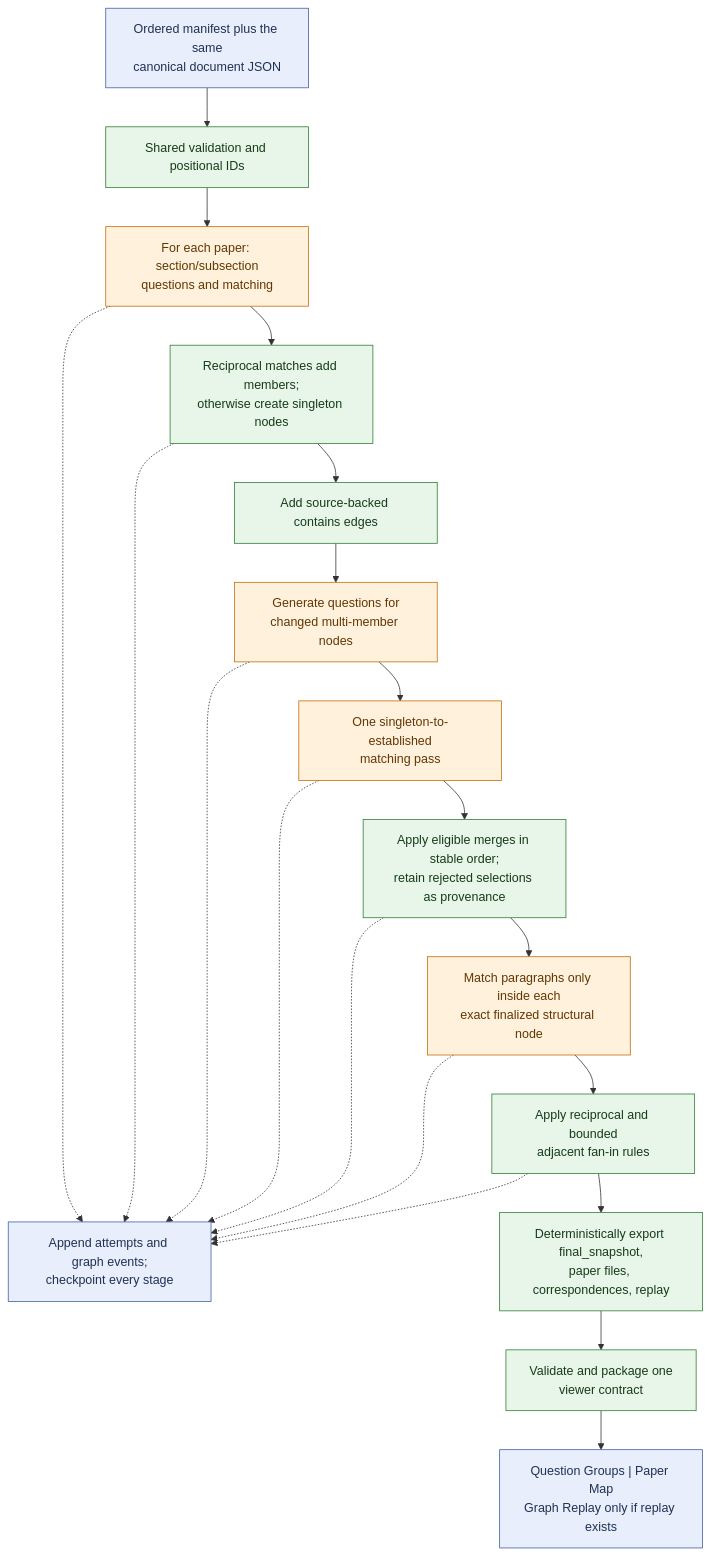
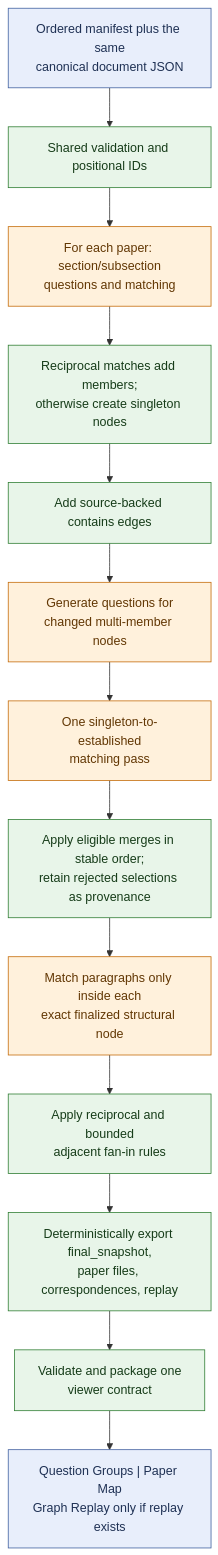
One commit to GraceGSy/SME-prototype changed the second of 2 diagrams in PIPELINE_FLOW.md. Above: the diagram before and after it, drawn with Mermaid. The commit also changed other lines of this file, not shown here.

Commit message:
Simplify pipeline flow diagrams

````diff
--- a/PIPELINE_FLOW.md
+++ b/PIPELINE_FLOW.md
@@ -52,31 +51,22 @@
 ```mermaid
 flowchart TD
     Manifest["Ordered manifest plus the same<br/>canonical document JSON"]:::artifact
     Load["Shared validation and positional IDs"]:::det
     Structural["For each paper: section/subsection<br/>questions and matching"]:::llm
     Reconcile["Reciprocal matches add members;<br/>otherwise create singleton nodes"]:::det
     Contains["Add source-backed contains edges"]:::det
     NodeQuestions["Generate questions for<br/>changed multi-member nodes"]:::llm
     Rerepresent["One singleton-to-established<br/>matching pass"]:::llm
     Merge["Apply eligible merges in stable order;<br/>retain rejected selections as provenance"]:::det
     Paragraphs["Match paragraphs only inside each<br/>exact finalized structural node"]:::llm
     ParagraphRules["Apply reciprocal and bounded<br/>adjacent fan-in rules"]:::det
-    Events["Append attempts and graph events;<br/>checkpoint every stage"]:::artifact
     Export["Deterministically export final_snapshot,<br/>paper files, correspondences, replay"]:::det
     Package["Validate and package one<br/>viewer contract"]:::det
     UI["Question Groups | Paper Map<br/>Graph Replay only if replay exists"]:::artifact
 
     Manifest --> Load --> Structural --> Reconcile --> Contains --> NodeQuestions
     NodeQuestions --> Rerepresent --> Merge --> Paragraphs --> ParagraphRules --> Export --> Package --> UI
-    Structural -.-> Events
-    Reconcile -.-> Events
-    NodeQuestions -.-> Events
-    Rerepresent -.-> Events
-    Merge -.-> Events
-    Paragraphs -.-> Events
-    ParagraphRules -.-> Events
-
     classDef det fill:#e8f5e9,stroke:#2e7d32,color:#163c19;
     classDef llm fill:#fff1dc,stroke:#c46b08,color:#623704;
     classDef artifact fill:#e8eefb,stroke:#3f5f9f,color:#1f3154;
 ```
````
